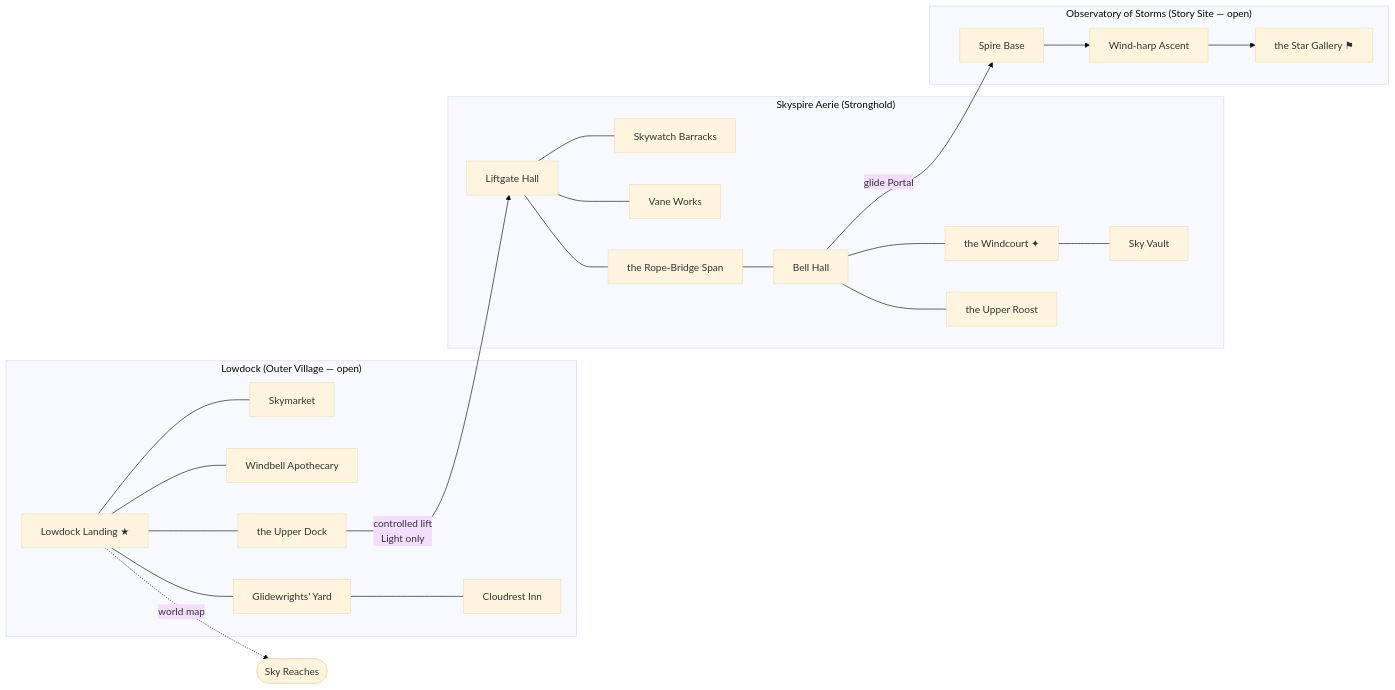
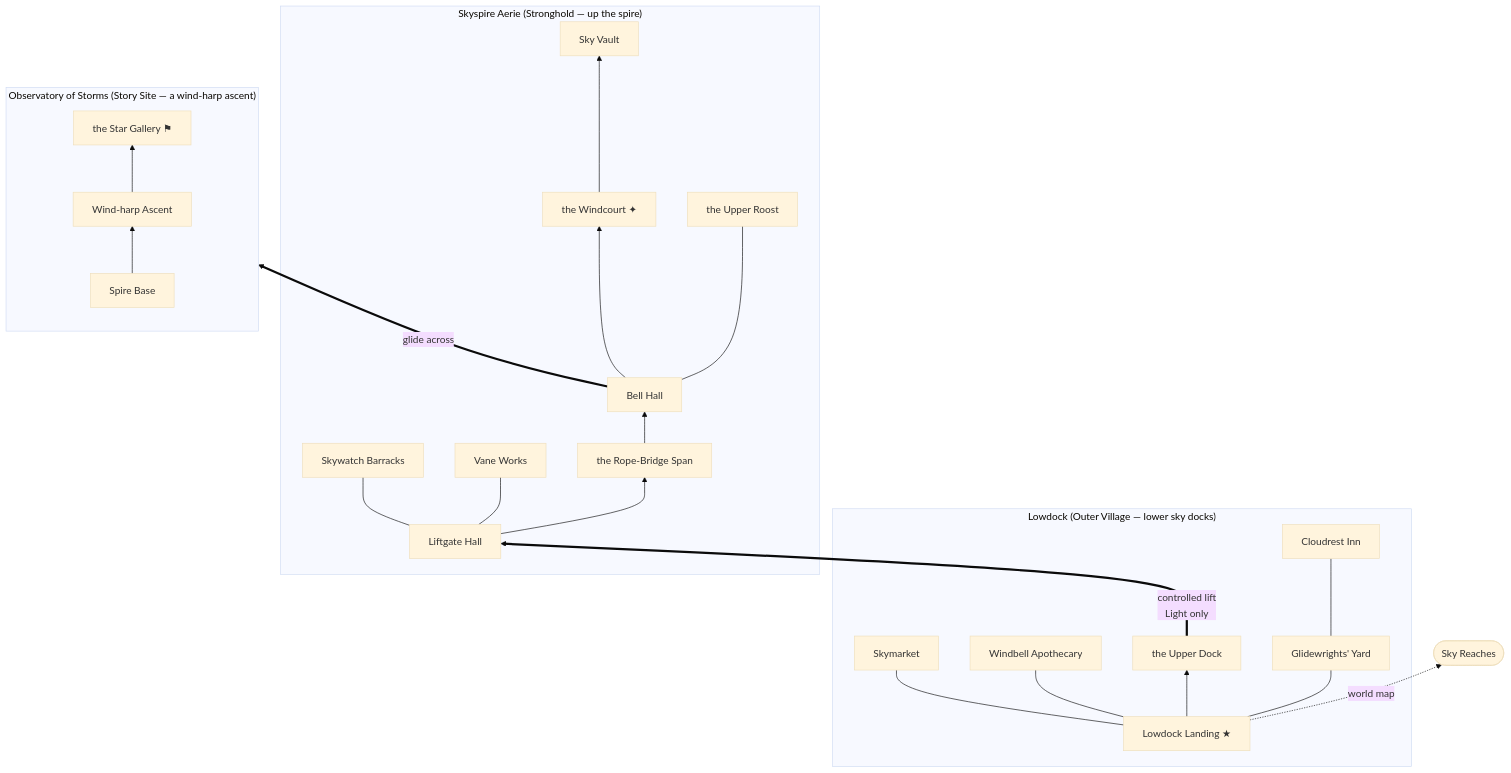
The fourth of 8 diagrams in docs/design/0014-hometown-maps.md (DibranMulder/2D-platform-game), drawn with Mermaid (base theme) before and after one commit. The commit also changed other lines of this file, not shown here.

First line of the commit message:
Reshape home-town portal graphs to their terrain (DESIGN-0014)

````diff
--- a/docs/design/0014-hometown-maps.md
+++ b/docs/design/0014-hometown-maps.md
@@ -433,25 +453,26 @@
 ```mermaid
-flowchart LR
-    subgraph V["Lowdock (Outer Village — open)"]
+flowchart BT
+    subgraph V["Lowdock (Outer Village — lower sky docks)"]
         LL[Lowdock Landing ★] --- SM[Skymarket]
         LL --- WA[Windbell Apothecary]
         LL --- GY[Glidewrights' Yard]
         GY --- CI[Cloudrest Inn]
-        LL --- UD[the Upper Dock]
+        LL --> UD[the Upper Dock]
     end
-    UD -->|controlled lift<br/>Light only| LH[Liftgate Hall]
-    subgraph S["Skyspire Aerie (Stronghold)"]
-        LH --- SB[Skywatch Barracks]
+    UD ==>|controlled lift<br/>Light only| LH
+    subgraph S["Skyspire Aerie (Stronghold — up the spire)"]
+        LH[Liftgate Hall] --- SB[Skywatch Barracks]
         LH --- VW[Vane Works]
-        LH --- RSp[the Rope-Bridge Span]
-        RSp --- BH[Bell Hall]
-        BH --- WC[the Windcourt ✦]
+        LH --> RSp[the Rope-Bridge Span]
+        RSp --> BH[Bell Hall]
+        BH --> WC[the Windcourt ✦]
         BH --- UR[the Upper Roost]
-        WC --- SKV[Sky Vault]
+        WC --> SKV[Sky Vault]
     end
-    BH -->|glide Portal| SP
-    subgraph T["Observatory of Storms (Story Site — open)"]
+    BH ==>|glide across| SP
+    subgraph T["Observatory of Storms (Story Site — a wind-harp ascent)"]
+        direction BT
         SP[Spire Base] --> WH[Wind-harp Ascent] --> SG[the Star Gallery ⚑]
     end
     LL -.world map.-> W([Sky Reaches])
 ```
````
